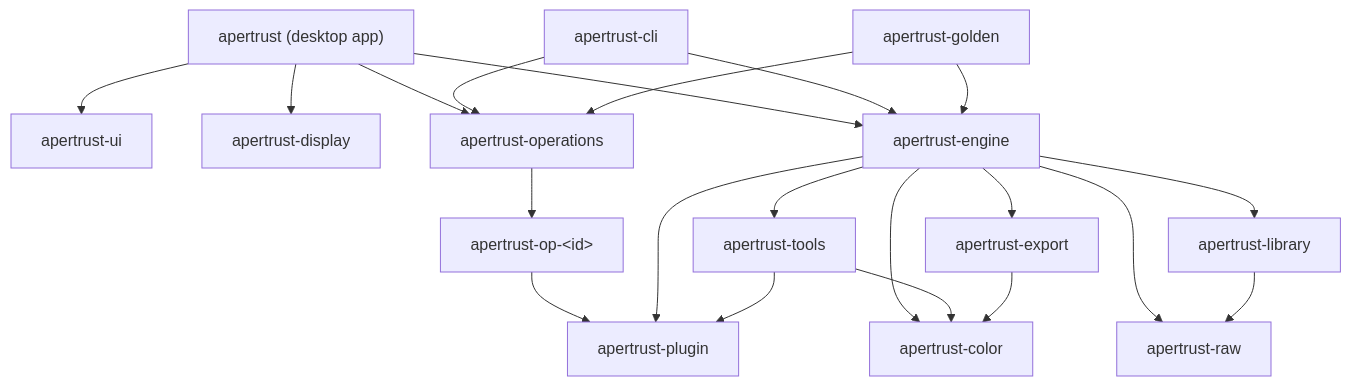
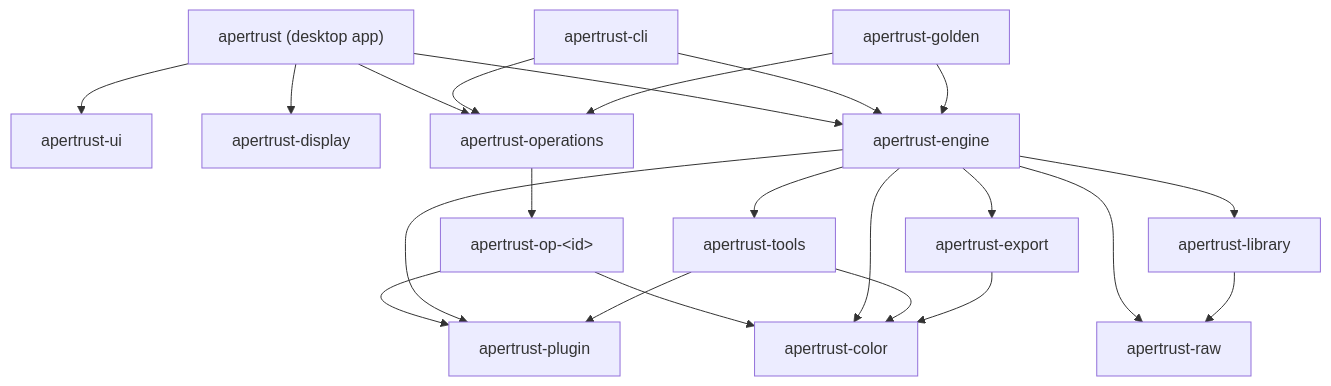
Before and after one commit to apertrust/apertrust: the first of 3 diagrams in docs/crates.md, drawn with Mermaid. The commit also changed other lines of this file and 3 other files, not shown here.

````diff
--- a/docs/crates.md
+++ b/docs/crates.md
@@ -11,23 +11,24 @@
 ```mermaid
 flowchart TD
     app["apertrust (desktop app)"] --> ui[apertrust-ui]
     app --> display[apertrust-display]
     app --> engine[apertrust-engine]
     cli[apertrust-cli] --> engine
     golden[apertrust-golden] --> engine
     app --> operations[apertrust-operations]
     cli --> operations
     golden --> operations
     operations --> op["apertrust-op-&lt;id&gt;"]
     op --> plugin[apertrust-plugin]
+    op --> color
     engine --> modules[apertrust-tools]
     engine --> library[apertrust-library]
     engine --> export[apertrust-export]
     engine --> raw[apertrust-raw]
     engine --> plugin
     engine --> color[apertrust-color]
     modules --> plugin
     modules --> color
     export --> color
     library --> raw
 ```
````
